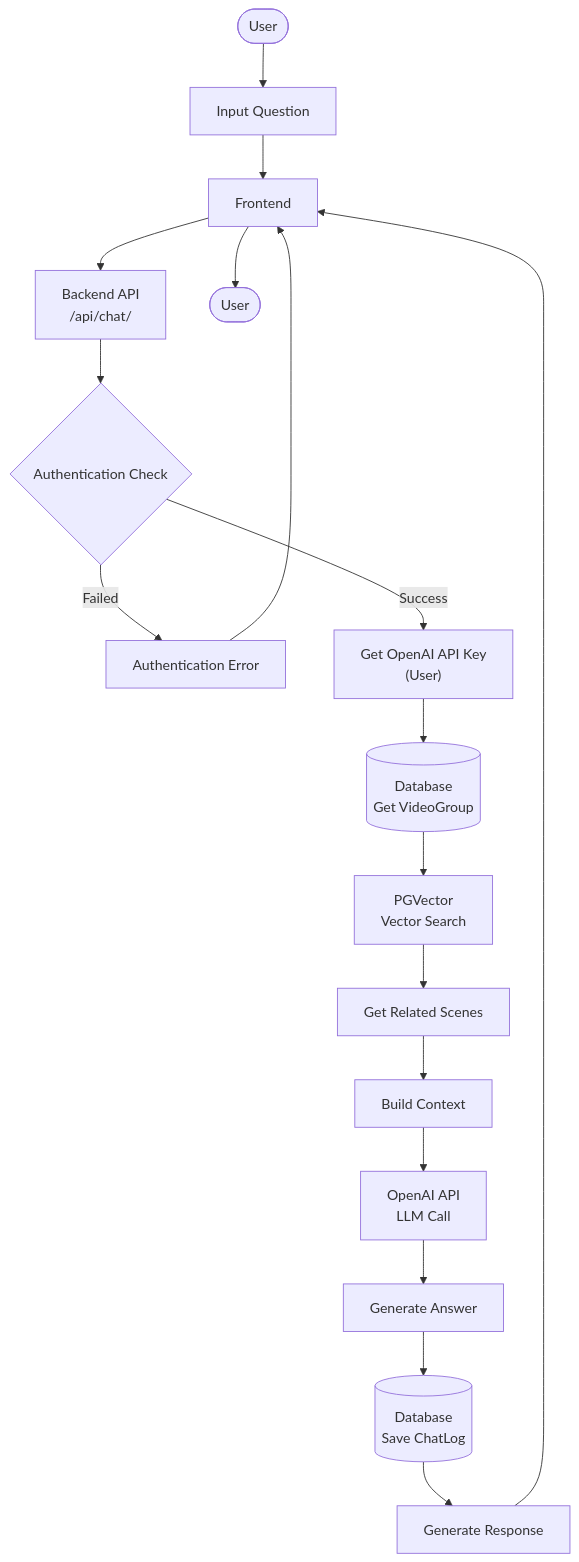
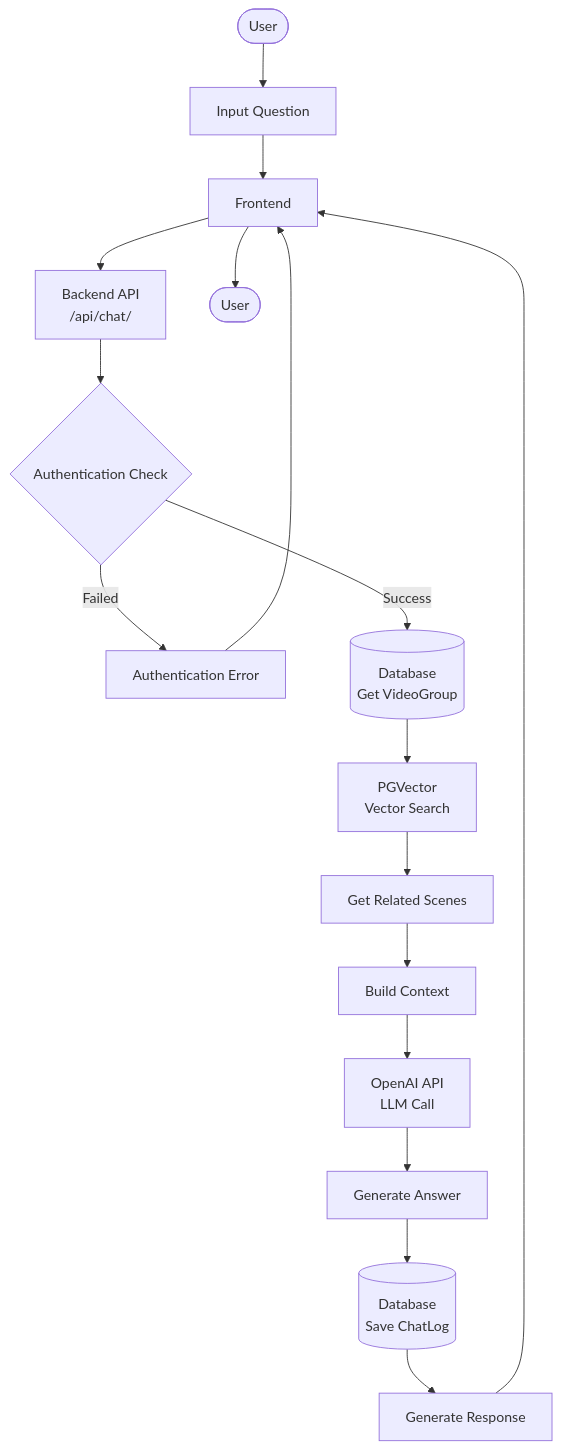
One commit to yukiharada1228/videoq changed the second of 6 diagrams in docs/database/data-flow-diagram.md. Above: the diagram before and after it, drawn with Mermaid. The commit also changed other lines of this file and 11 other files, not shown here.

````diff
--- a/docs/database/data-flow-diagram.md
+++ b/docs/database/data-flow-diagram.md
@@ -54,26 +51,24 @@
 ```mermaid
 flowchart TD
     Start([User]) --> Input[Input Question]
     Input --> Frontend[Frontend]
     Frontend --> API[Backend API<br/>/api/chat/]
     
     API --> Auth{Authentication Check}
     Auth -->|Failed| Error1[Authentication Error]
-    Auth -->|Success| GetAPIKey["Get OpenAI API Key<br/>(User)"]
-    
-    GetAPIKey --> GetGroup[(Database<br/>Get VideoGroup)]
+    Auth -->|Success| GetGroup[(Database<br/>Get VideoGroup)]
     
     GetGroup --> VectorSearch[PGVector<br/>Vector Search]
     VectorSearch --> RelatedScenes[Get Related Scenes]
     RelatedScenes --> BuildContext[Build Context]
     
     BuildContext --> LLM[OpenAI API<br/>LLM Call]
     LLM --> Answer[Generate Answer]
     
     Answer --> SaveLog[(Database<br/>Save ChatLog)]
     SaveLog --> Response[Generate Response]
     Response --> Frontend
     Frontend --> End([User])
     
     Error1 --> Frontend
 ```
````
